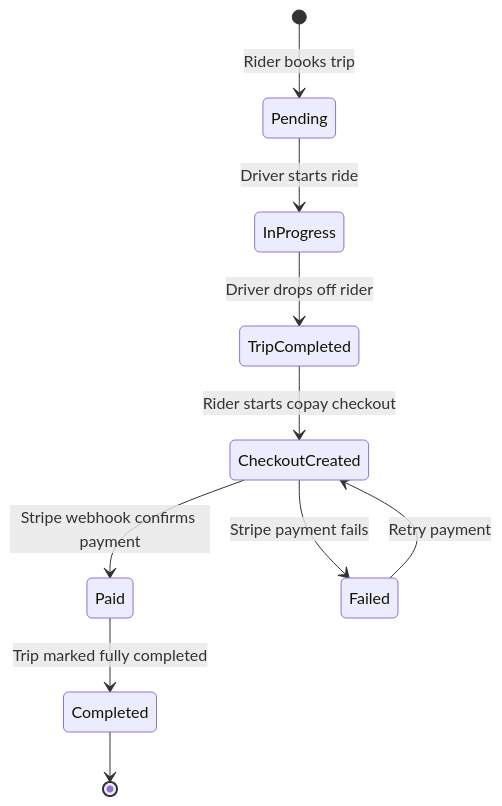
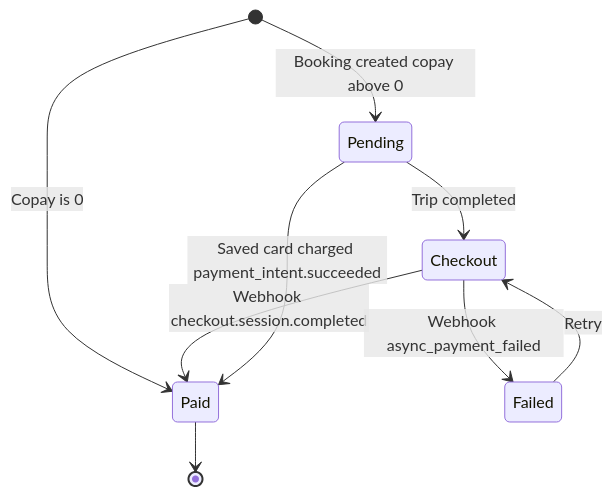
The third of 5 diagrams in README.md (iamRazzakk/loggistick_server), drawn with Mermaid before and after one commit. The commit also changed other lines of this file and 7 other files, not shown here.

````diff
--- a/README.md
+++ b/README.md
@@ -218,12 +358,11 @@
 ```mermaid
 stateDiagram-v2
-    [*] --> Pending: Rider books trip
-    Pending --> InProgress: Driver starts ride
-    InProgress --> TripCompleted: Driver drops off rider
-    TripCompleted --> CheckoutCreated: Rider starts copay checkout
-    CheckoutCreated --> Paid: Stripe webhook confirms payment
-    CheckoutCreated --> Failed: Stripe payment fails
-    Failed --> CheckoutCreated: Retry payment
-    Paid --> Completed: Trip marked fully completed
-    Completed --> [*]
+    [*] --> Pending: Booking created copay above 0
+    [*] --> Paid: Copay is 0
+    Pending --> Checkout: Trip completed
+    Checkout --> Paid: Webhook checkout.session.completed
+    Pending --> Paid: Saved card charged payment_intent.succeeded
+    Checkout --> Failed: Webhook async_payment_failed
+    Failed --> Checkout: Retry
+    Paid --> [*]
 ```
````
